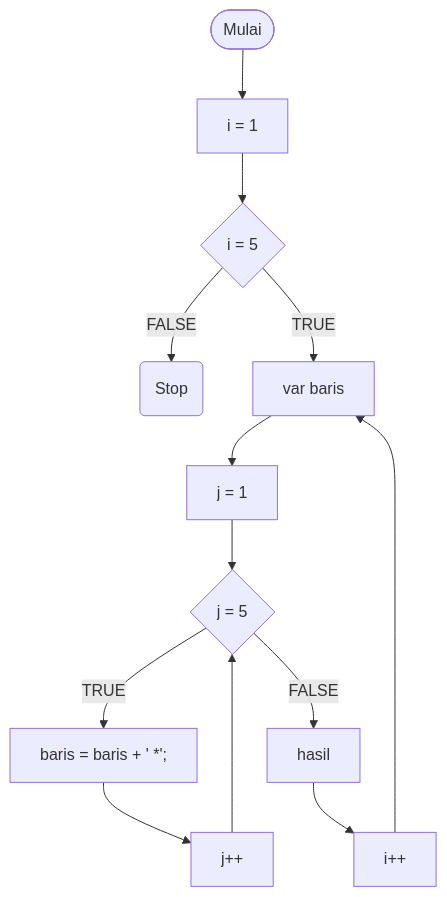
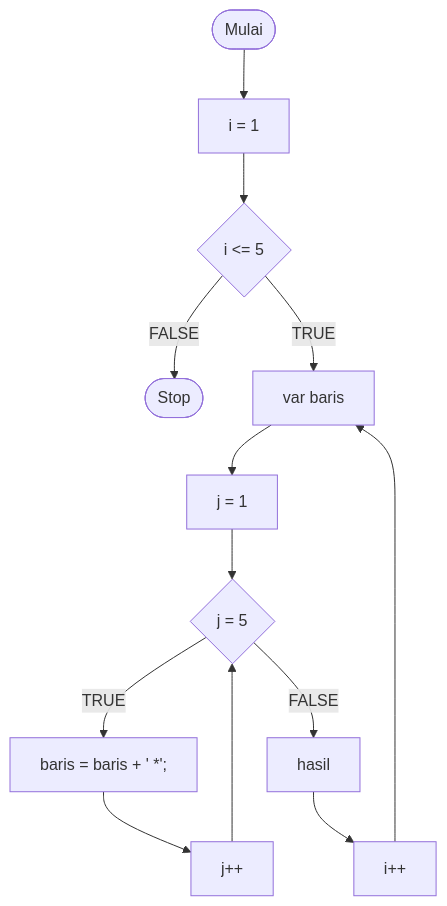
The first of 2 diagrams in README.md (whyu07/koda-b10-javascript3), drawn with Mermaid before and after one commit. The commit also changed other lines of this file, not shown here.

````diff
--- a/README.md
+++ b/README.md
@@ -1,15 +1,15 @@
 ```mermaid
 flowchart TD
     A([Mulai]) --> B[i = 1]
-    B --> C{i = 5}
-    C --> |FALSE| Z(Stop)
+    B --> C{i <= 5}
+    C --> |FALSE| Z([Stop])
     C --> |TRUE| D[var baris]
     D --> E[j = 1]
     E --> F{j = 5}
     F --> |TRUE| G[ baris = baris + ' *';]
     G --> H[j++]
     H --> F
     F --> |FALSE| J[hasil]
     J --> K[i++]
     K --> D
 ```
````
